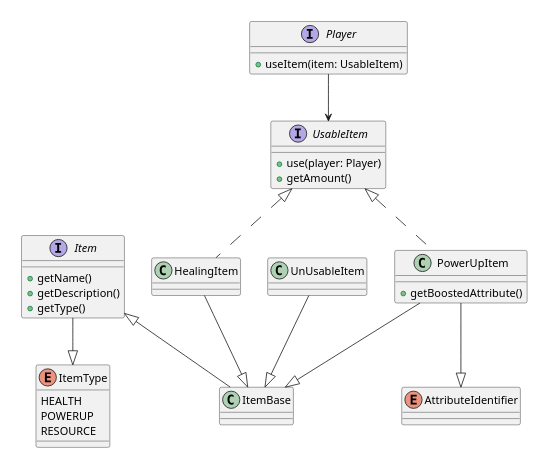
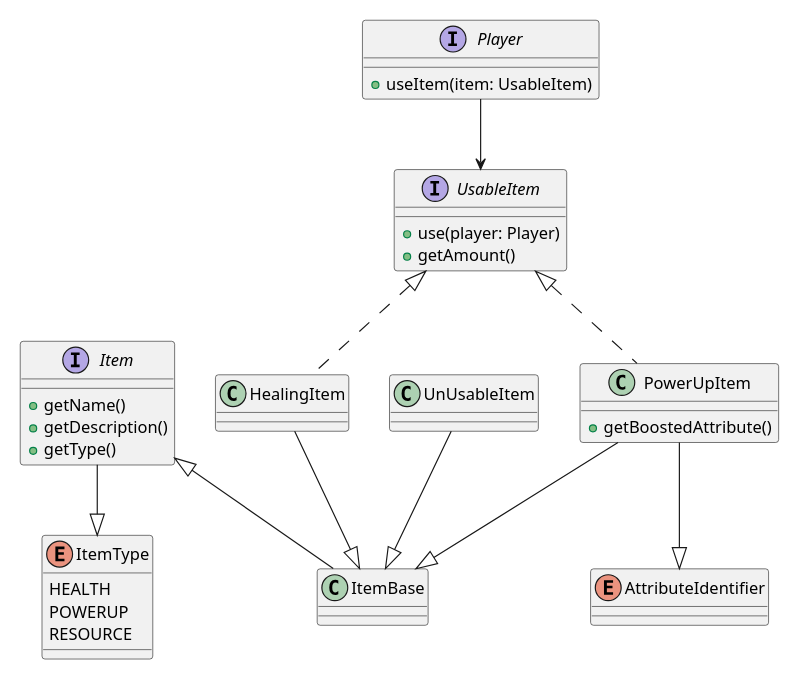
The diagram in docs/item/the-exiled-item-uml.puml (unibo-oop-projects/OOP23-Baldoni-Beylax-Casadei-MarcoMagnani03-Pazzaglia-exiled), drawn with PlantUML before and after one commit. The commit also changed 14 other files, not shown here.

```diff
--- a/docs/item/the-exiled-item-uml.puml
+++ b/docs/item/the-exiled-item-uml.puml
@@ -1,53 +1,53 @@
 @startuml
-scale 0.4
+scale 0.6
 interface Item {
     +getName()
     +getDescription()
     +getType()
 }
 
 enum ItemType {
     HEALTH
     POWERUP
     RESOURCE
 }
 
 
 class ItemBase {
 }
 
 class HealingItem {
 }
 
 interface UsableItem {
     +use(player: Player)
     +getAmount()
 }
 
 class PowerUpItem {
     +getBoostedAttribute()
 }
 
 class UnUsableItem {
 }
 
 interface Player {
     +useItem(item: UsableItem)
 }
 
 enum AttributeIdentifier{
 }
 
 Item <|-- ItemBase
 Item--|> ItemType
 
 HealingItem --|> ItemBase
 PowerUpItem --|> ItemBase
 PowerUpItem --|> AttributeIdentifier
 UnUsableItem --|> ItemBase
 
 UsableItem <|.. HealingItem
 UsableItem <|.. PowerUpItem
 
 Player --> UsableItem
 @enduml
```
